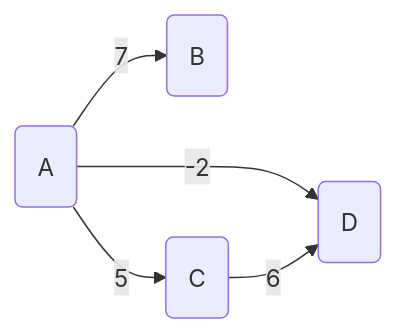
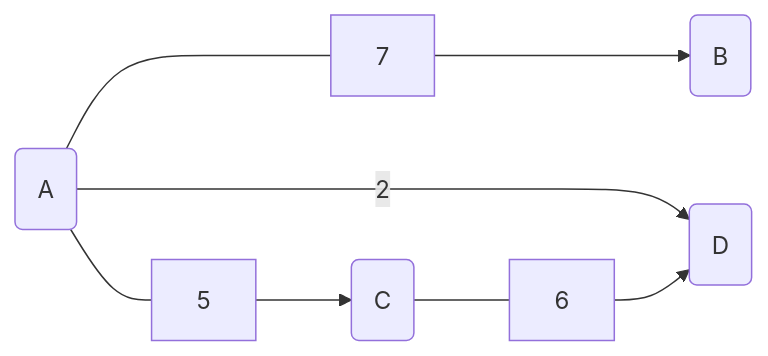
Before and after one commit to mp2i-thiers/mp2i-thiers.github.io: the first of 4 diagrams in docs/Graphes/pcc.md, drawn with Mermaid. The commit also changed other lines of this file and 3 other files, not shown here.

````diff
--- a/docs/Graphes/pcc.md
+++ b/docs/Graphes/pcc.md
@@ -31,7 +28,7 @@
 ```mermaid
 graph LR
-A(A) --7--> B(B)
-A --5--> C(C)
-A -- -2 --> D
-C --6--> D(D)
+A(A) ---- 7 ---> B(B)
+A --- 5 --> C(C)
+A -- 2 --> D
+C --- 6 --> D(D)
 ```
````
